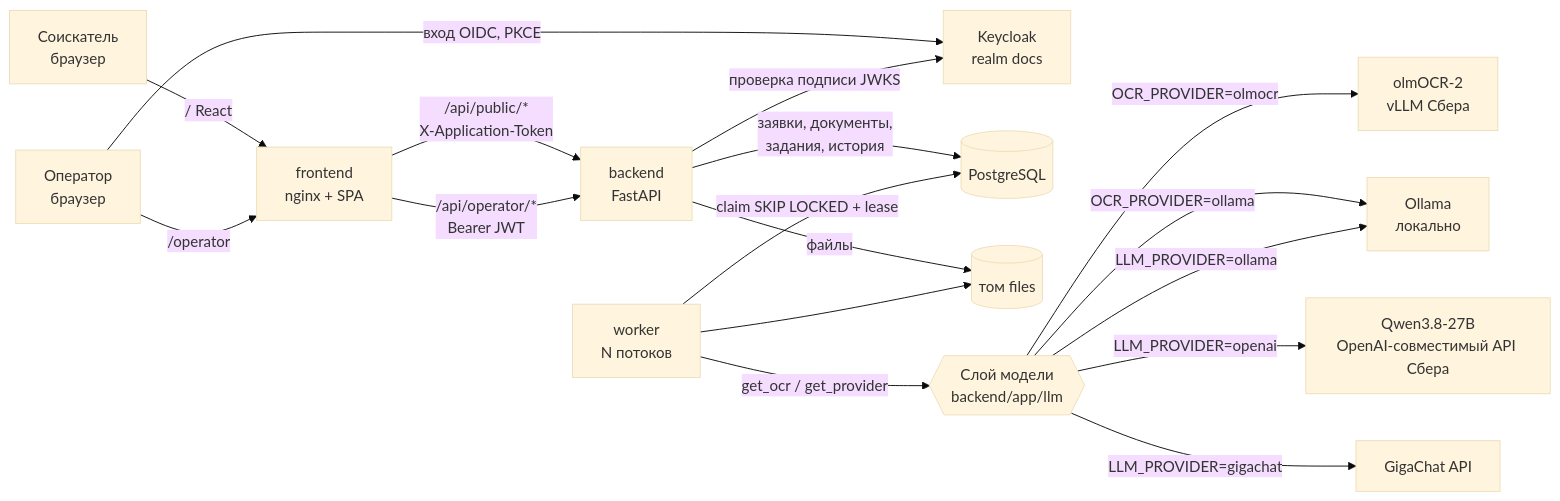
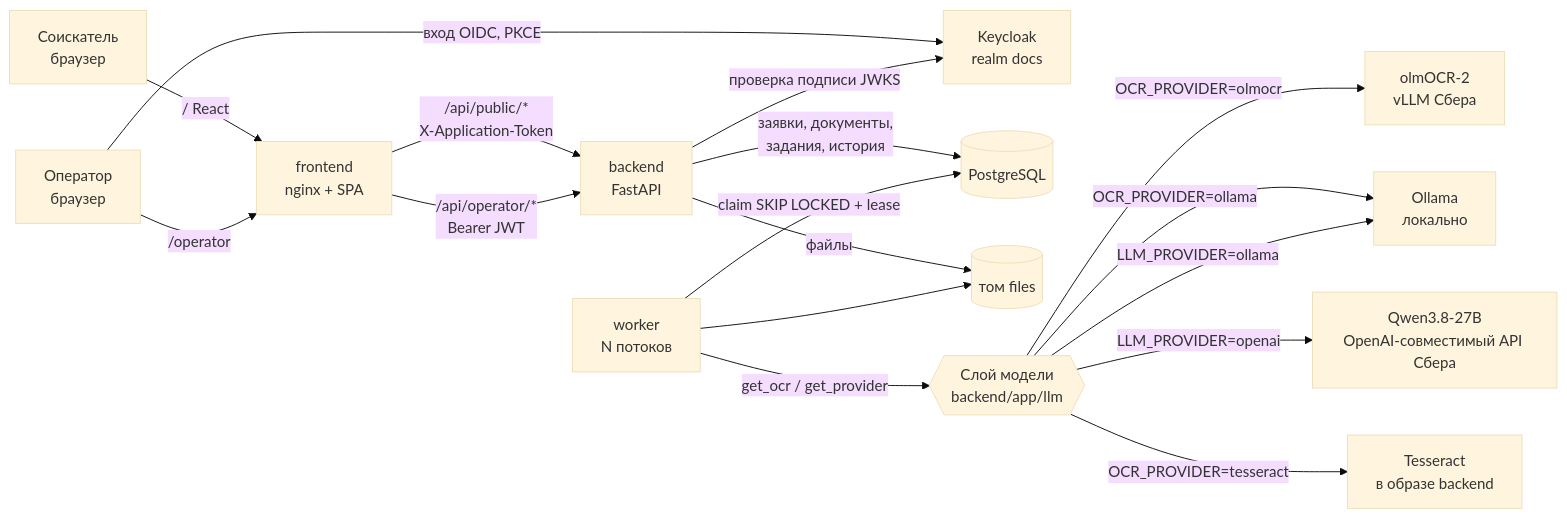
Before and after one commit to st0rmey3/bobroboso_sbervibe: the diagram in docs/architecture.md, drawn with Mermaid (base theme). The commit also changed other lines of this file and 13 other files, not shown here.

Commit message:
cleanup: remove unverified GigaChat provider, fix outdated docs (local model, OCR options, criteria map); bonus showcase table

````diff
--- a/docs/architecture.md
+++ b/docs/architecture.md
@@ -3,19 +3,19 @@
 ```mermaid
 flowchart LR
   A[Соискатель<br/>браузер] -->|/  React| F[frontend<br/>nginx + SPA]
   O[Оператор<br/>браузер] -->|/operator| F
   O -->|вход OIDC, PKCE| K[Keycloak<br/>realm docs]
   F -->|/api/public/*<br/>X-Application-Token| B[backend<br/>FastAPI]
   F -->|/api/operator/*<br/>Bearer JWT| B
   B -->|проверка подписи JWKS| K
   B -->|заявки, документы,<br/>задания, история| P[(PostgreSQL)]
   B -->|файлы| V[(том files)]
   W[worker<br/>N потоков] -->|claim SKIP LOCKED + lease| P
   W --> V
   W -->|get_ocr / get_provider| L{{Слой модели<br/>backend/app/llm}}
   L -->|OCR_PROVIDER=olmocr| OC[olmOCR-2<br/>vLLM Сбера]
   L -->|OCR_PROVIDER=ollama| OL
   L -->|LLM_PROVIDER=openai| OA[Qwen3.8-27B<br/>OpenAI-совместимый API Сбера]
   L -->|LLM_PROVIDER=ollama| OL[Ollama<br/>локально]
-  L -->|LLM_PROVIDER=gigachat| GC[GigaChat API]
+  L -->|OCR_PROVIDER=tesseract| TS[Tesseract<br/>в образе backend]
 ```
````
